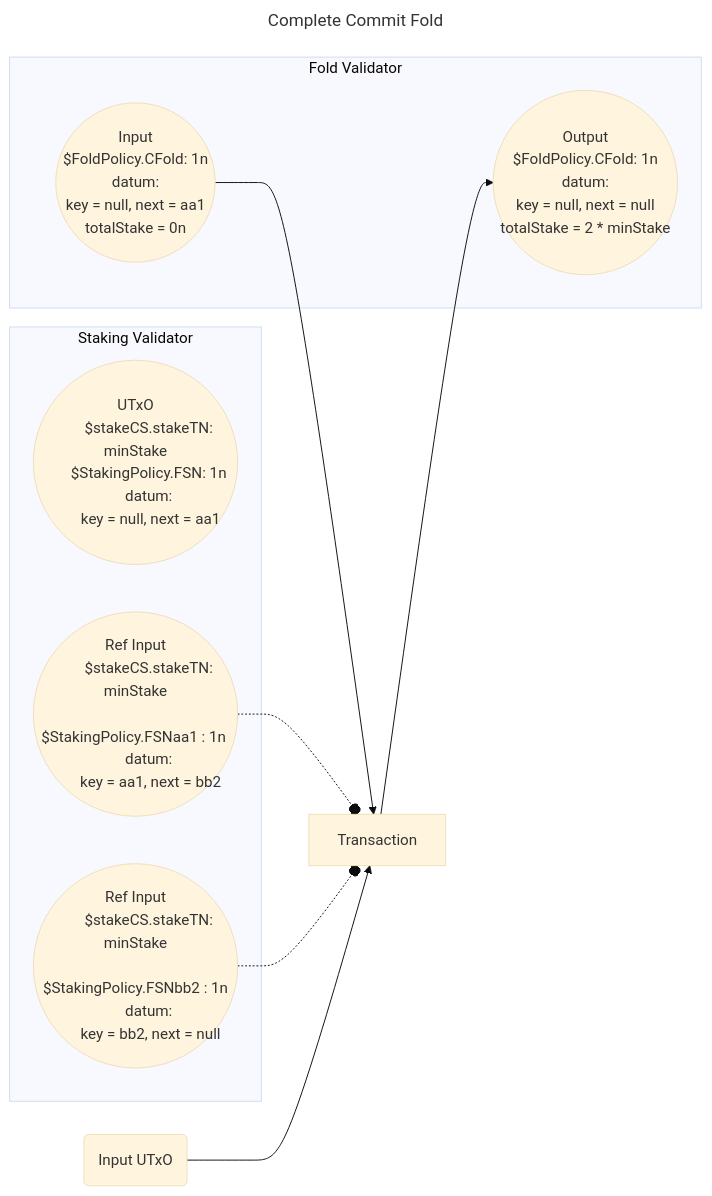
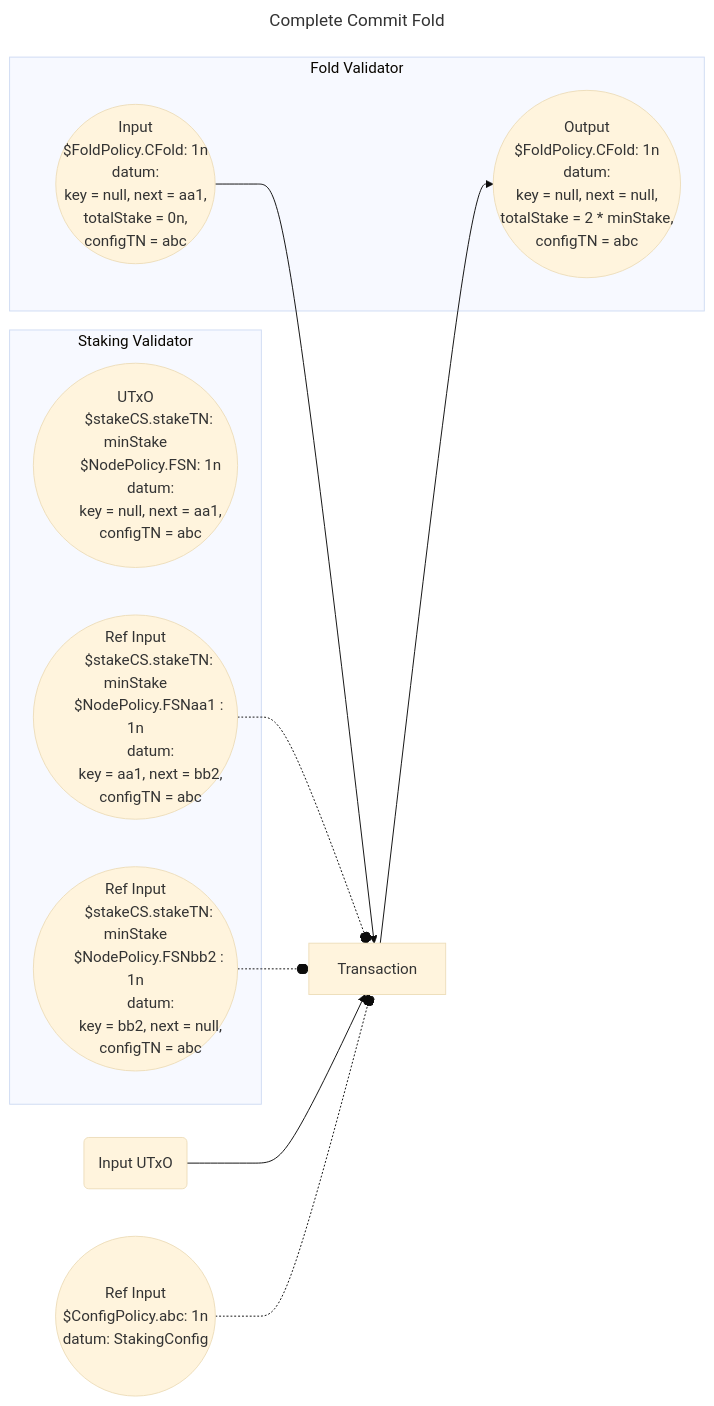
The seventh of 9 diagrams in README.md (Anastasia-Labs/single-asset-staking-offchain), drawn with Mermaid (base theme) before and after one commit. The commit also changed other lines of this file, not shown here.

````diff
--- a/README.md
+++ b/README.md
@@ -272,44 +299,52 @@
 ```mermaid
 ---
 title: Complete Commit Fold
 ---
 graph LR
     I1(Input UTxO)
     TX[ Transaction ]
     subgraph Staking Validator
     N1(("UTxO
         $stakeCS.stakeTN: minStake
-        $StakingPolicy.FSN: 1n 
-        datum: 
-        key = null, next = aa1 "))
+        $NodePolicy.FSN: 1n
+        datum:
+        key = null, next = aa1,
+        configTN = abc "))
     N2(("Ref Input
         $stakeCS.stakeTN: minStake
-        $StakingPolicy.FSNaa1 : 1n 
-        datum: 
-        key = aa1, next = bb2 "))
+        $NodePolicy.FSNaa1 : 1n
+        datum:
+        key = aa1, next = bb2,
+        configTN = abc "))
     N3(("Ref Input
         $stakeCS.stakeTN: minStake
-        $StakingPolicy.FSNbb2 : 1n
-        datum: 
-        key = bb2, next = null "))
+        $NodePolicy.FSNbb2 : 1n
+        datum:
+        key = bb2, next = null,
+        configTN = abc "))
     end
     subgraph Fold Validator
     F1(("Input
-        $FoldPolicy.CFold: 1n 
+        $FoldPolicy.CFold: 1n
         datum:
-        key = null, next = aa1
-        totalStake = 0n
+        key = null, next = aa1,
+        totalStake = 0n,
+        configTN = abc
         "))
     F2(("Output
-        $FoldPolicy.CFold: 1n 
+        $FoldPolicy.CFold: 1n
         datum:
-        key = null, next = null
-        totalStake = 2 * minStake
+        key = null, next = null,
+        totalStake = 2 * minStake,
+        configTN = abc
         "))
     end
     F1 --> TX
     N2 -.-o TX
     N3 -.-o TX
     I1 --> TX
     TX --> F2
+    R1(("Ref Input
+        $ConfigPolicy.abc: 1n
+        datum: StakingConfig")) -.-o TX
 ```
````
